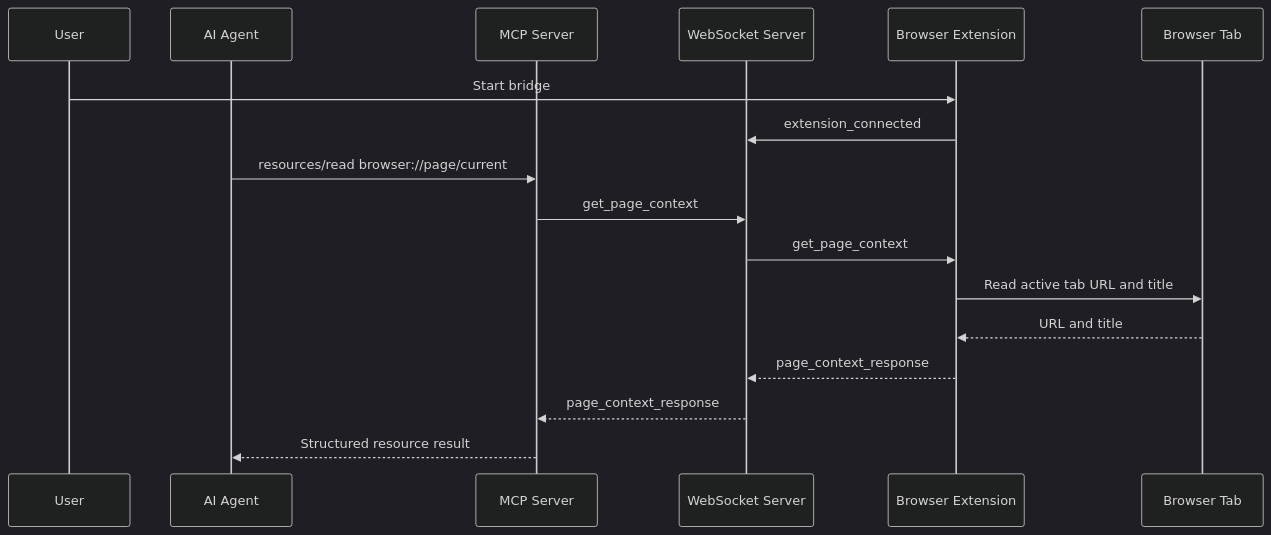
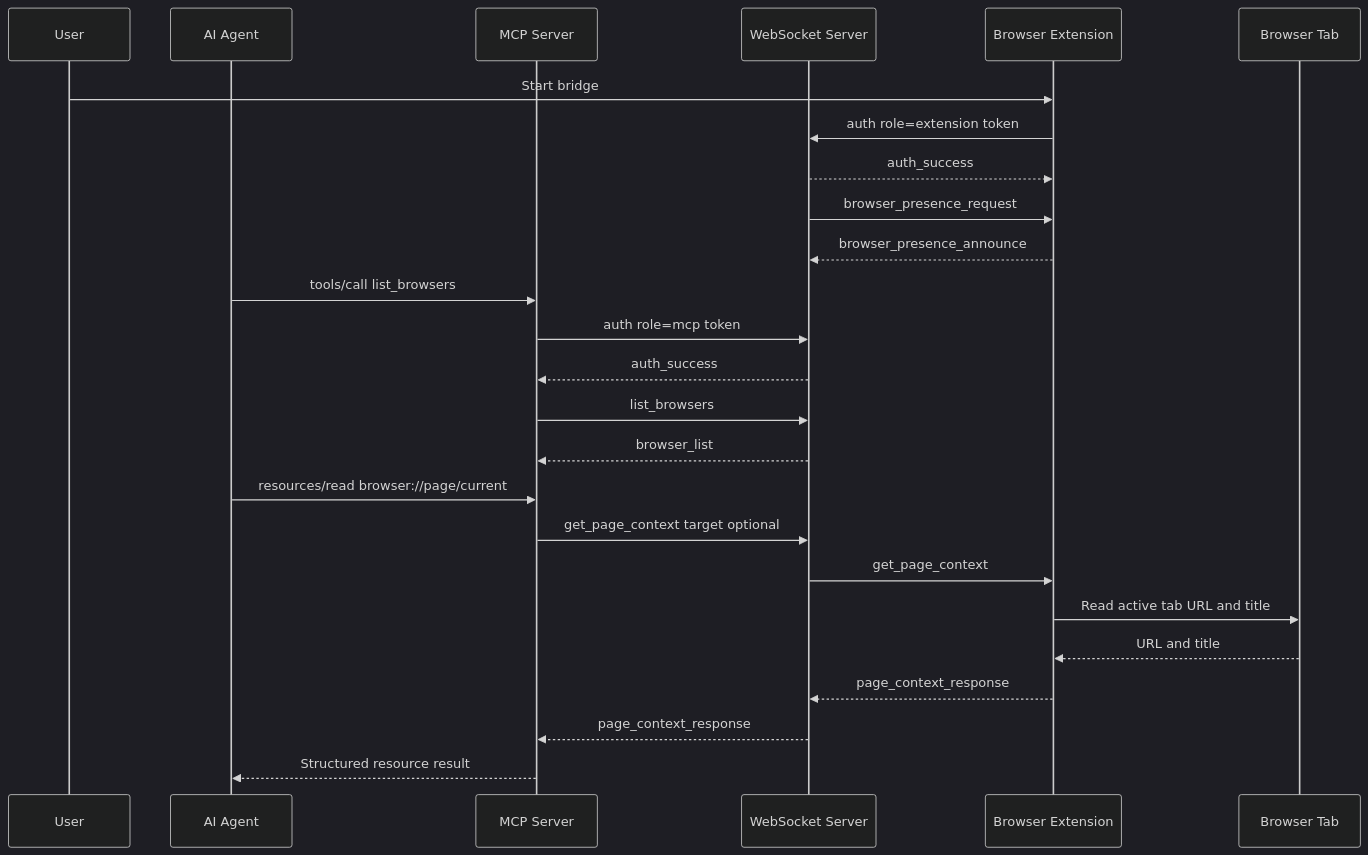
One commit to redvex/brijio changed the second of 2 diagrams in README.md. Above: the diagram before and after it, drawn with Mermaid (dark theme). The commit also changed other lines of this file and 5 other files, not shown here.

````diff
--- a/README.md
+++ b/README.md
@@ -116,20 +118,28 @@
 ```mermaid
 sequenceDiagram
   participant User
   participant Agent as AI Agent
   participant MCP as MCP Server
   participant WS as WebSocket Server
   participant Ext as Browser Extension
   participant Tab as Browser Tab
 
   User->>Ext: Start bridge
-  Ext->>WS: extension_connected
+  Ext->>WS: auth role=extension token
+  WS-->>Ext: auth_success
+  WS->>Ext: browser_presence_request
+  Ext-->>WS: browser_presence_announce
+  Agent->>MCP: tools/call list_browsers
+  MCP->>WS: auth role=mcp token
+  WS-->>MCP: auth_success
+  MCP->>WS: list_browsers
+  WS-->>MCP: browser_list
   Agent->>MCP: resources/read browser://page/current
-  MCP->>WS: get_page_context
+  MCP->>WS: get_page_context target optional
   WS->>Ext: get_page_context
   Ext->>Tab: Read active tab URL and title
   Tab-->>Ext: URL and title
   Ext-->>WS: page_context_response
   WS-->>MCP: page_context_response
   MCP-->>Agent: Structured resource result
 ```
````
